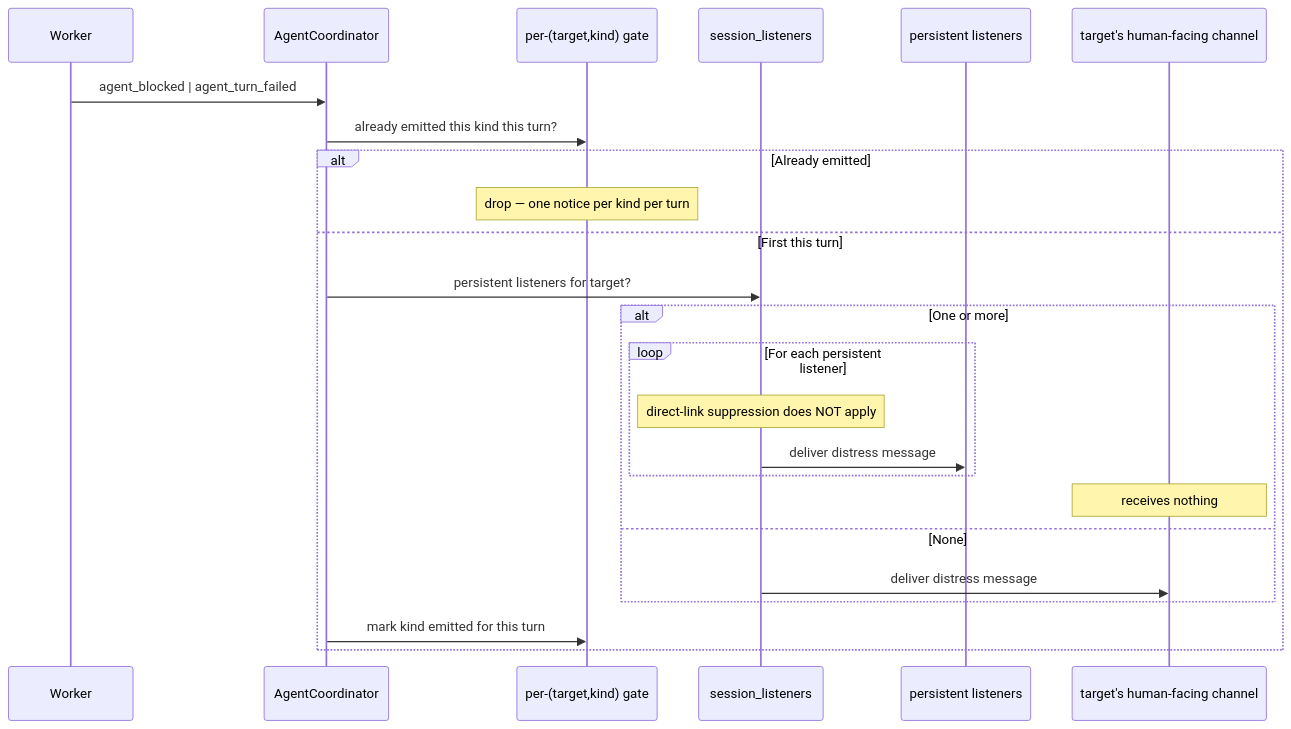
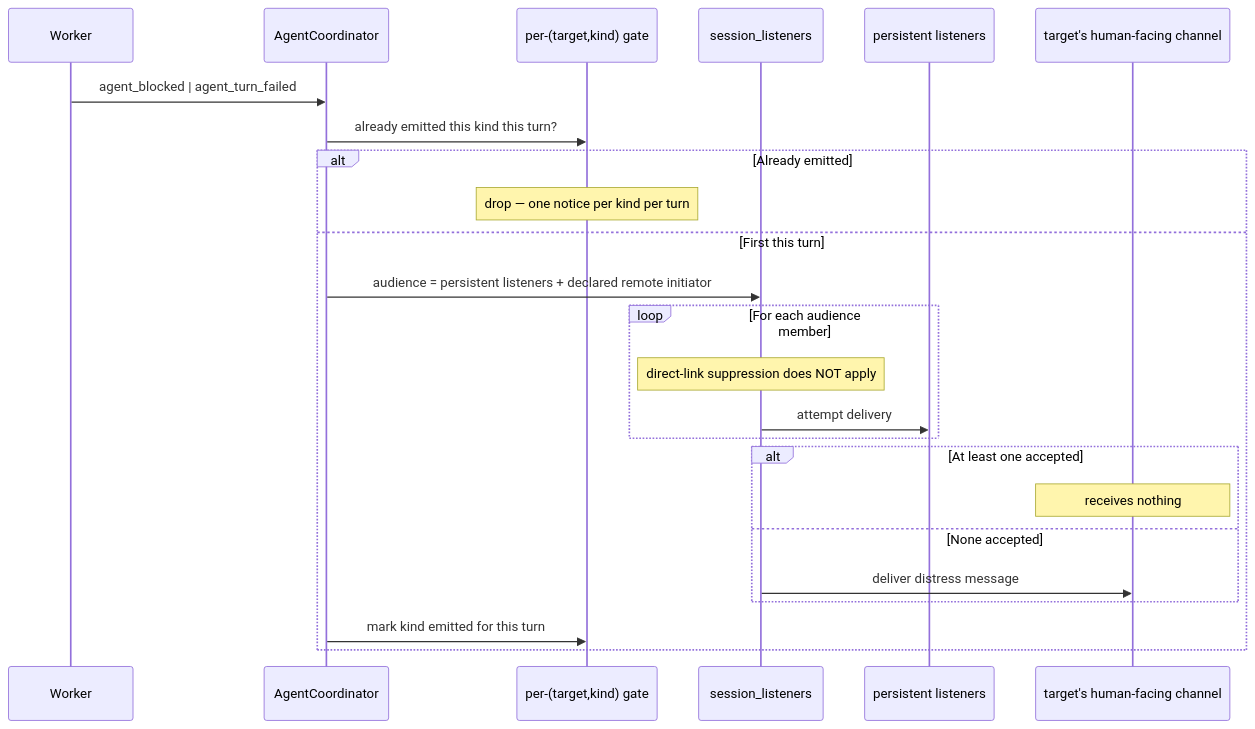
One commit to InstruktAI/TeleClaude changed the fifth of 5 diagrams in docs/project/design/architecture/session-listeners.md. Above: the diagram before and after it, drawn with Mermaid. The commit also changed other lines of this file and 3 other files, not shown here.

````diff
--- a/docs/project/design/architecture/session-listeners.md
+++ b/docs/project/design/architecture/session-listeners.md
@@ -210,27 +231,27 @@
 ```mermaid
 sequenceDiagram
     participant Worker
     participant Coord as AgentCoordinator
     participant Gate as per-(target,kind) gate
     participant Registry as session_listeners
     participant Caller as persistent listeners
     participant Channel as target's human-facing channel
 
     Worker->>Coord: agent_blocked | agent_turn_failed
     Coord->>Gate: already emitted this kind this turn?
     alt Already emitted
         Note over Gate: drop — one notice per kind per turn
     else First this turn
-        Coord->>Registry: persistent listeners for target?
-        alt One or more
-            loop For each persistent listener
-                Note over Registry: direct-link suppression does NOT apply
-                Registry->>Caller: deliver distress message
-            end
+        Coord->>Registry: audience = persistent listeners + declared remote initiator
+        loop For each audience member
+            Note over Registry: direct-link suppression does NOT apply
+            Registry->>Caller: attempt delivery
+        end
+        alt At least one accepted
             Note over Channel: receives nothing
-        else None
+        else None accepted
             Registry->>Channel: deliver distress message
         end
         Coord->>Gate: mark kind emitted for this turn
     end
 ```
````
